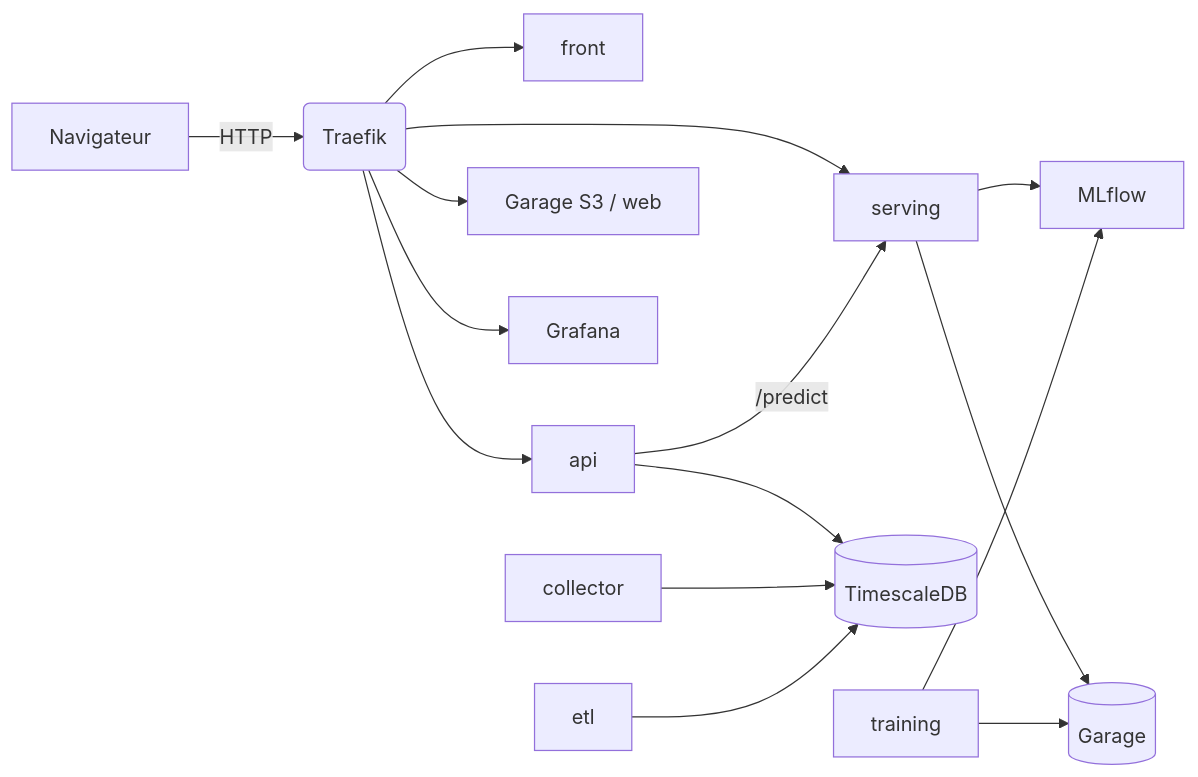
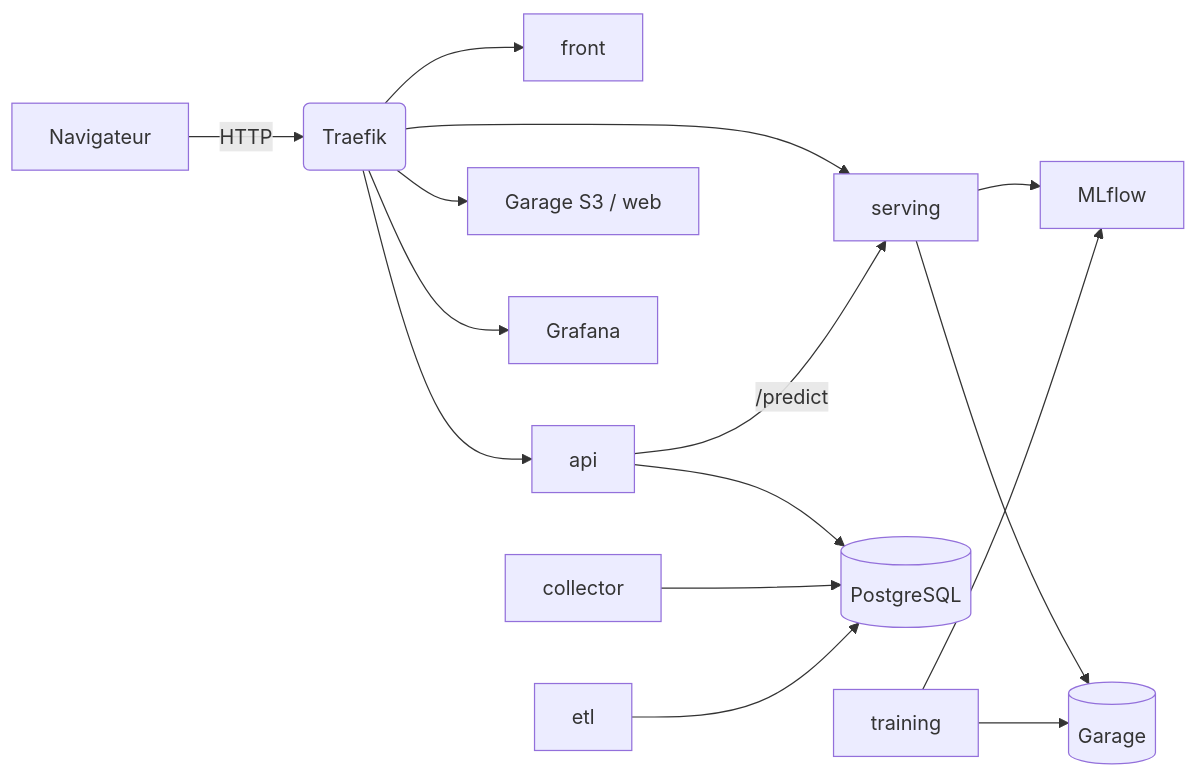
Before and after one commit to EnerVision-G5/infra: the diagram in docs/content/index.md, drawn with Mermaid. The commit also changed other lines of this file and 54 other files, not shown here.

````diff
--- a/docs/content/index.md
+++ b/docs/content/index.md
@@ -22,17 +22,17 @@
 ```mermaid
 flowchart LR
     U[Navigateur] -->|HTTP| T(Traefik)
     T --> F[front]
     T --> A[api]
     T --> S[serving]
     T --> G[Garage S3 / web]
     T --> GR[Grafana]
-    A --> DB[(TimescaleDB)]
+    A --> DB[(PostgreSQL)]
     A -->|/predict| S
     S --> ML[MLflow]
     S --> GA[(Garage)]
     C[collector] --> DB
     E[etl] --> DB
     TR[training] --> ML
     TR --> GA
 ```
````
